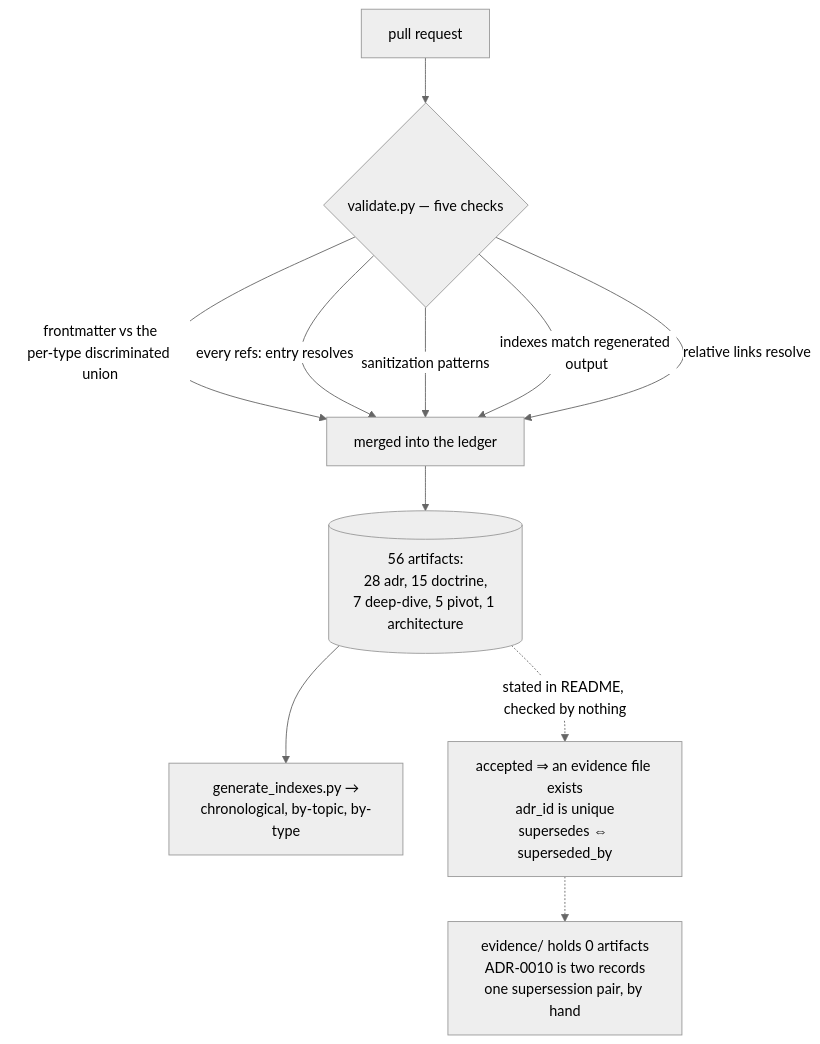
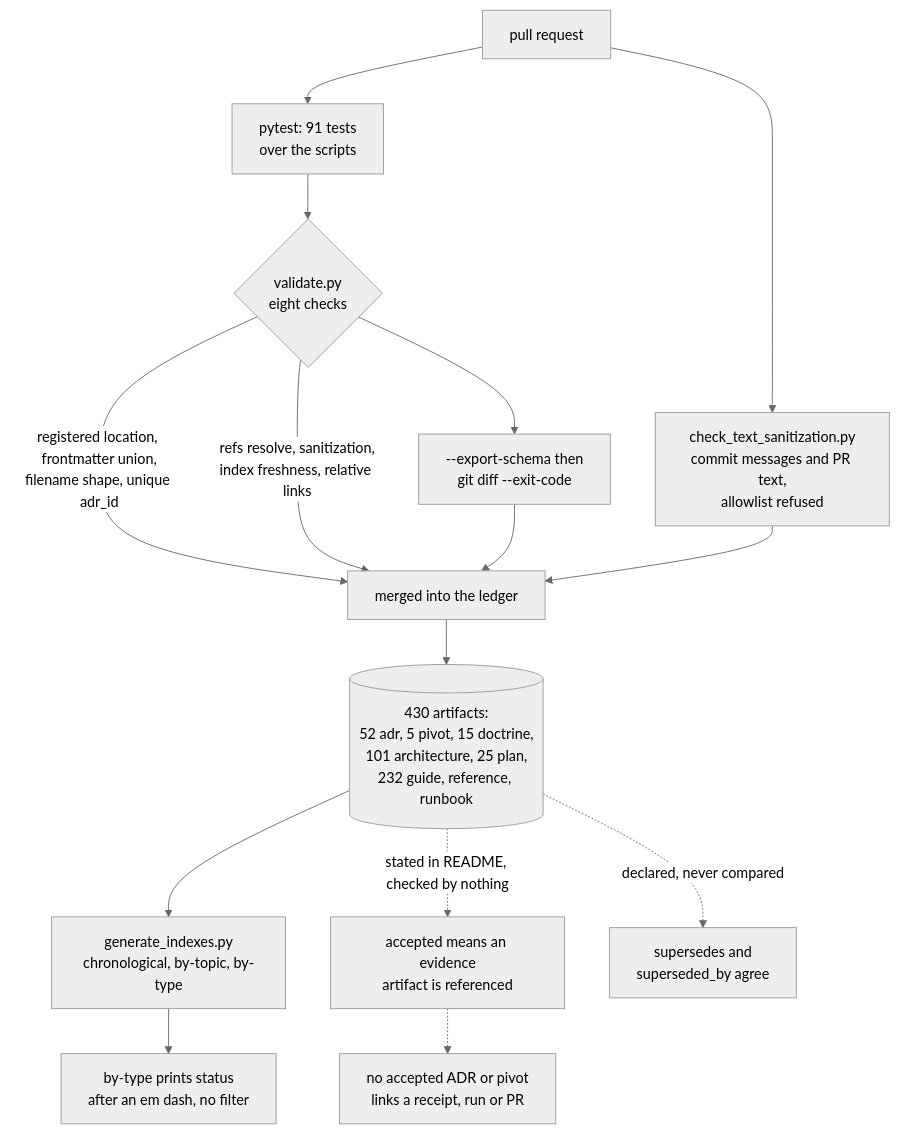
Before and after one commit to balaianu/agent-memory-atlas: the diagram in content/systems/omninode-knowledge-base.md, drawn with Mermaid (neutral theme). The commit also changed other lines of this file and 14 other files, not shown here.

````diff
--- a/content/systems/omninode-knowledge-base.md
+++ b/content/systems/omninode-knowledge-base.md
@@ -121,14 +118,18 @@
 ```mermaid
-%% caption: the five checks a pull request must pass, beside the three invariants nothing checks
+%% caption: what a pull request must pass, what the merged ledger feeds, and the rules nothing reads
 flowchart TD
-  PR["pull request"] --> CI{"validate.py — five checks"}
-  CI -->|"frontmatter vs the<br/>per-type discriminated union"| OK
-  CI -->|"every refs: entry resolves"| OK
-  CI -->|"sanitization patterns"| OK
-  CI -->|"indexes match regenerated output"| OK
-  CI -->|"relative links resolve"| OK["merged into the ledger"]
-  OK --> STORE[("56 artifacts:<br/>28 adr, 15 doctrine,<br/>7 deep-dive, 5 pivot, 1 architecture")]
-  STORE --> IDX["generate_indexes.py →<br/>chronological, by-topic, by-type"]
-  STORE -.->|"stated in README, checked by nothing"| GAPS["accepted ⇒ an evidence file exists<br/>adr_id is unique<br/>supersedes ⇔ superseded_by"]
-  GAPS -.-> E0["evidence/ holds 0 artifacts<br/>ADR-0010 is two records<br/>one supersession pair, by hand"]
+  PR["pull request"] --> TEST["pytest: 91 tests<br/>over the scripts"]
+  TEST --> VAL{"validate.py<br/>eight checks"}
+  VAL -->|"registered location, frontmatter union,<br/>filename shape, unique adr_id"| OK
+  VAL -->|"refs resolve, sanitization,<br/>index freshness, relative links"| OK
+  PR --> TXT["check_text_sanitization.py<br/>commit messages and PR text,<br/>allowlist refused"]
+  TXT --> OK
+  VAL --> SCH["--export-schema then<br/>git diff --exit-code"]
+  SCH --> OK["merged into the ledger"]
+  OK --> STORE[("430 artifacts:<br/>52 adr, 5 pivot, 15 doctrine,<br/>101 architecture, 25 plan,<br/>232 guide, reference, runbook")]
+  STORE --> IDX["generate_indexes.py<br/>chronological, by-topic, by-type"]
+  IDX --> LABEL["by-type prints status<br/>after an em dash, no filter"]
+  STORE -.->|"stated in README, checked by nothing"| GAP["accepted means an evidence<br/>artifact is referenced"]
+  GAP -.-> ZERO["no accepted ADR or pivot<br/>links a receipt, run or PR"]
+  STORE -.->|"declared, never compared"| PAIR["supersedes and<br/>superseded_by agree"]
 ```
````
